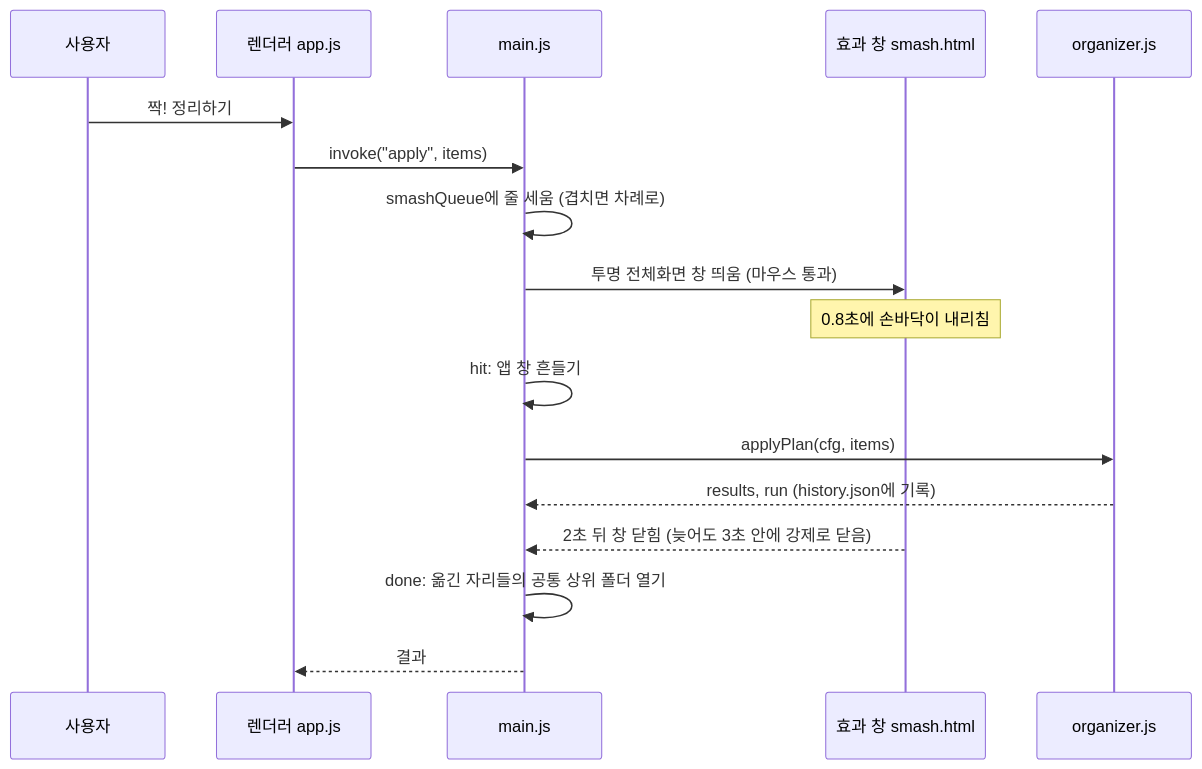
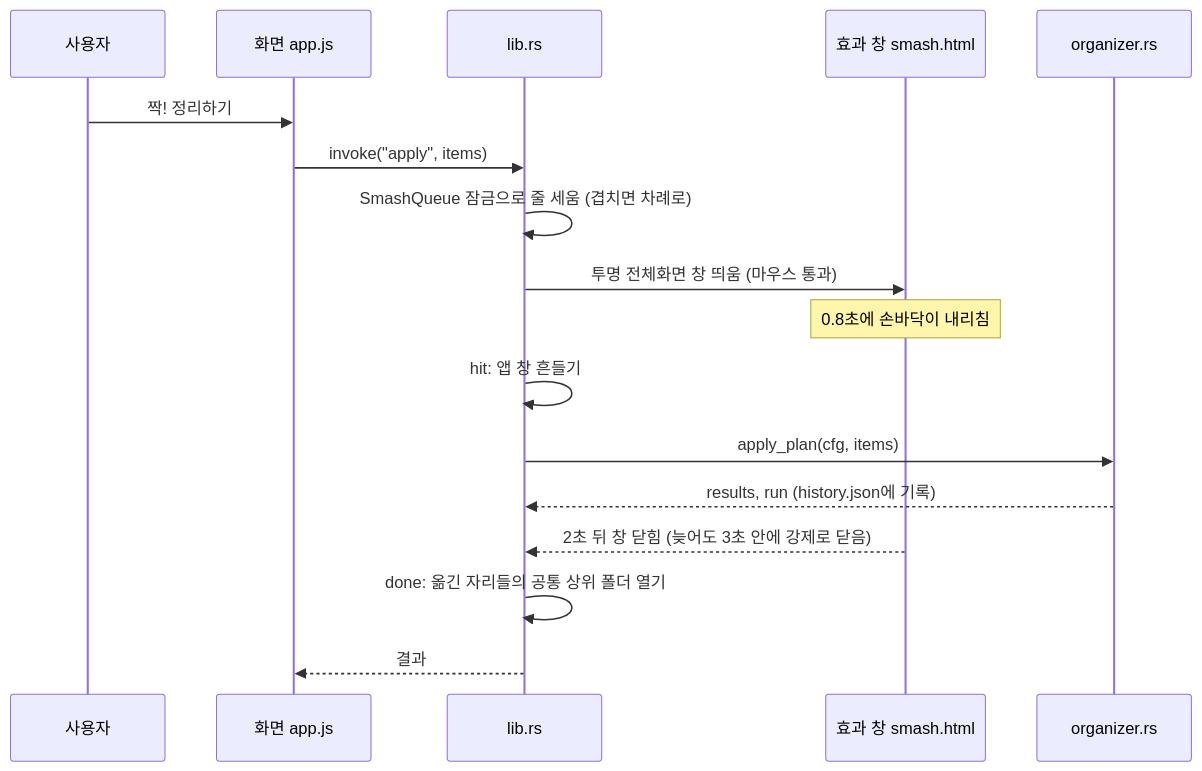
The first of 4 diagrams in docs/구현도.md (ESeungJun/smash), drawn with Mermaid before and after one commit. The commit also changed other lines of this file and 13 other files, not shown here.

````diff
--- a/docs/구현도.md
+++ b/docs/구현도.md
@@ -37,19 +46,19 @@
 ```mermaid
 sequenceDiagram
   participant U as 사용자
-  participant R as 렌더러 app.js
-  participant M as main.js
+  participant R as 화면 app.js
+  participant M as lib.rs
   participant FX as 효과 창 smash.html
-  participant O as organizer.js
+  participant O as organizer.rs
   U->>R: 짝! 정리하기
   R->>M: invoke("apply", items)
-  M->>M: smashQueue에 줄 세움 (겹치면 차례로)
+  M->>M: SmashQueue 잠금으로 줄 세움 (겹치면 차례로)
   M->>FX: 투명 전체화면 창 띄움 (마우스 통과)
   Note over FX: 0.8초에 손바닥이 내리침
   M->>M: hit: 앱 창 흔들기
-  M->>O: applyPlan(cfg, items)
+  M->>O: apply_plan(cfg, items)
   O-->>M: results, run (history.json에 기록)
   FX-->>M: 2초 뒤 창 닫힘 (늦어도 3초 안에 강제로 닫음)
   M->>M: done: 옮긴 자리들의 공통 상위 폴더 열기
   M-->>R: 결과
 ```
````
